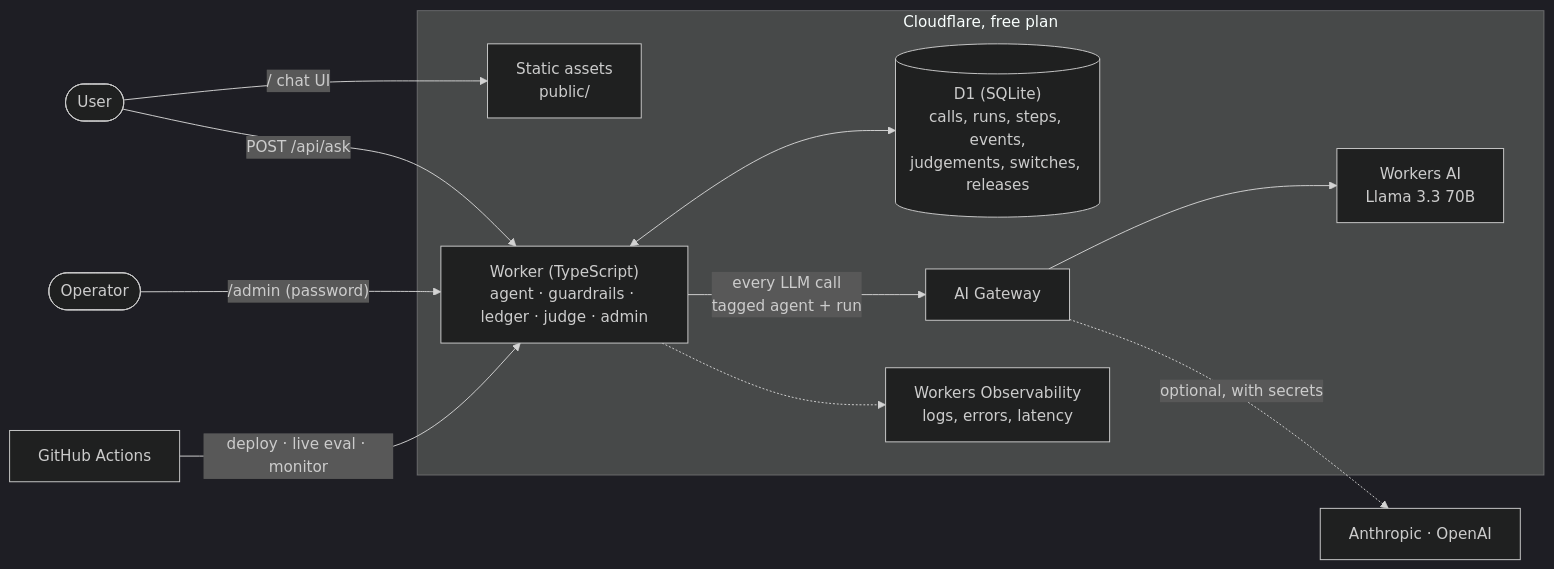
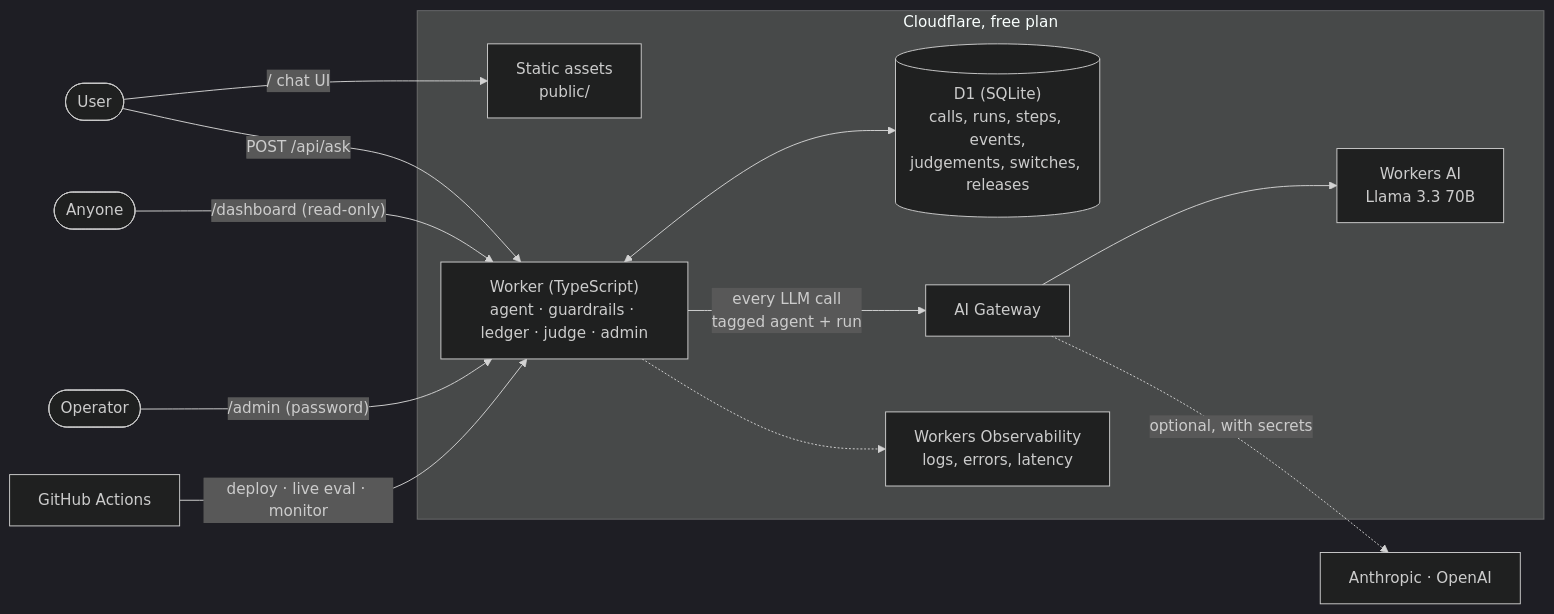
Before and after one commit to manu-gt-hub/llmops-platform: the first of 3 diagrams in doc/architecture.md, drawn with Mermaid (dark theme). The commit also changed other lines of this file and 6 other files, not shown here.

First line of the commit message:
Add a public read-only dashboard at /dashboard

````diff
--- a/doc/architecture.md
+++ b/doc/architecture.md
@@ -19,17 +19,18 @@
 ```mermaid
 flowchart LR
     user([User]) -->|"/  chat UI"| assets[Static assets<br/>public/]
     user -->|"POST /api/ask"| worker
+    visitor([Anyone]) -->|"/dashboard (read-only)"| worker
     admin([Operator]) -->|"/admin (password)"| worker
     subgraph cf[Cloudflare, free plan]
         assets
         worker["Worker (TypeScript)<br/>agent · guardrails · ledger · judge · admin"]
         worker <--> d1[("D1 (SQLite)<br/>calls, runs, steps, events,<br/>judgements, switches, releases")]
         worker -->|"every LLM call<br/>tagged agent + run"| gw[AI Gateway]
         gw --> wai[Workers AI<br/>Llama 3.3 70B]
         obs[Workers Observability<br/>logs, errors, latency]
         worker -.-> obs
     end
     gw -.->|optional, with secrets| paid[Anthropic · OpenAI]
     gh[GitHub Actions] -->|"deploy · live eval · monitor"| worker
 ```
````
